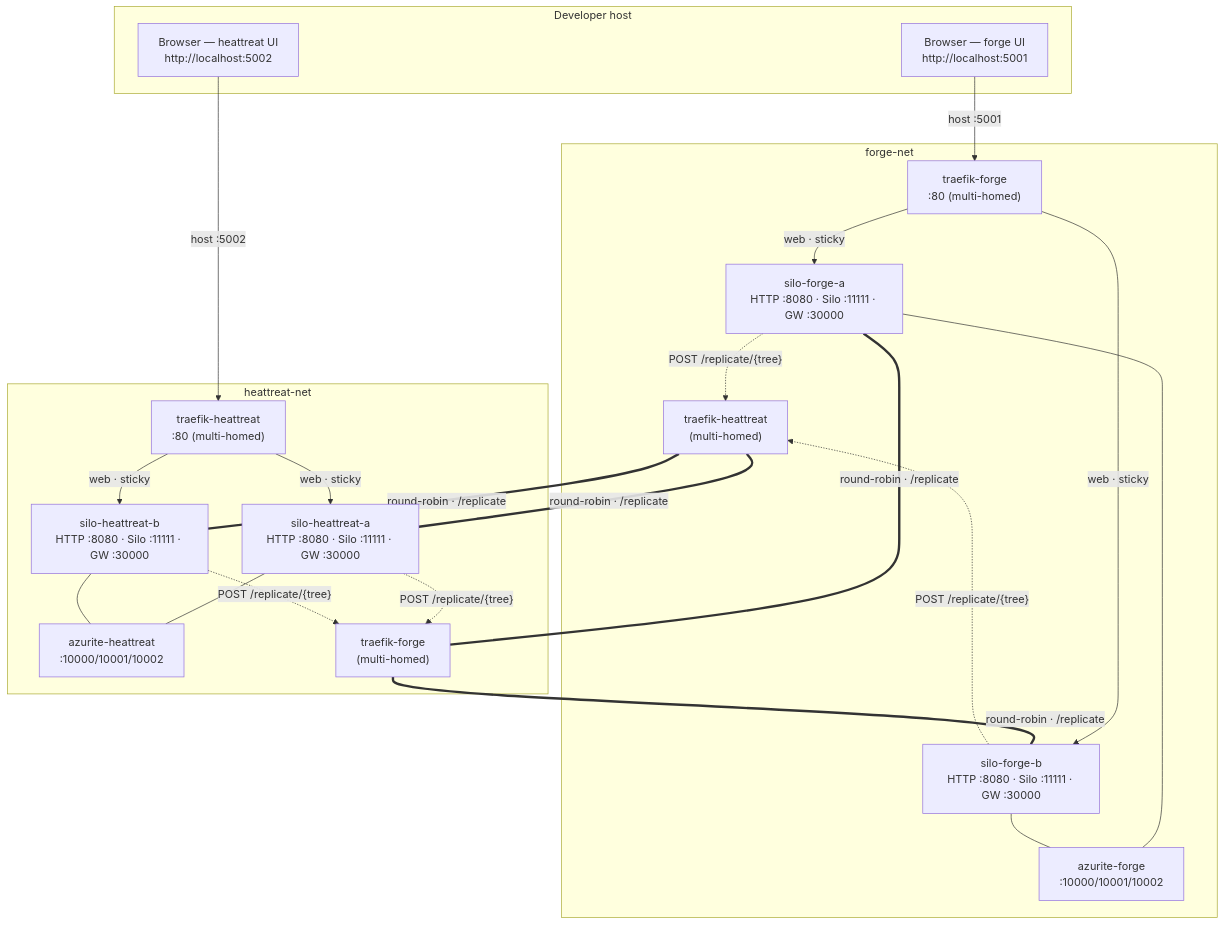
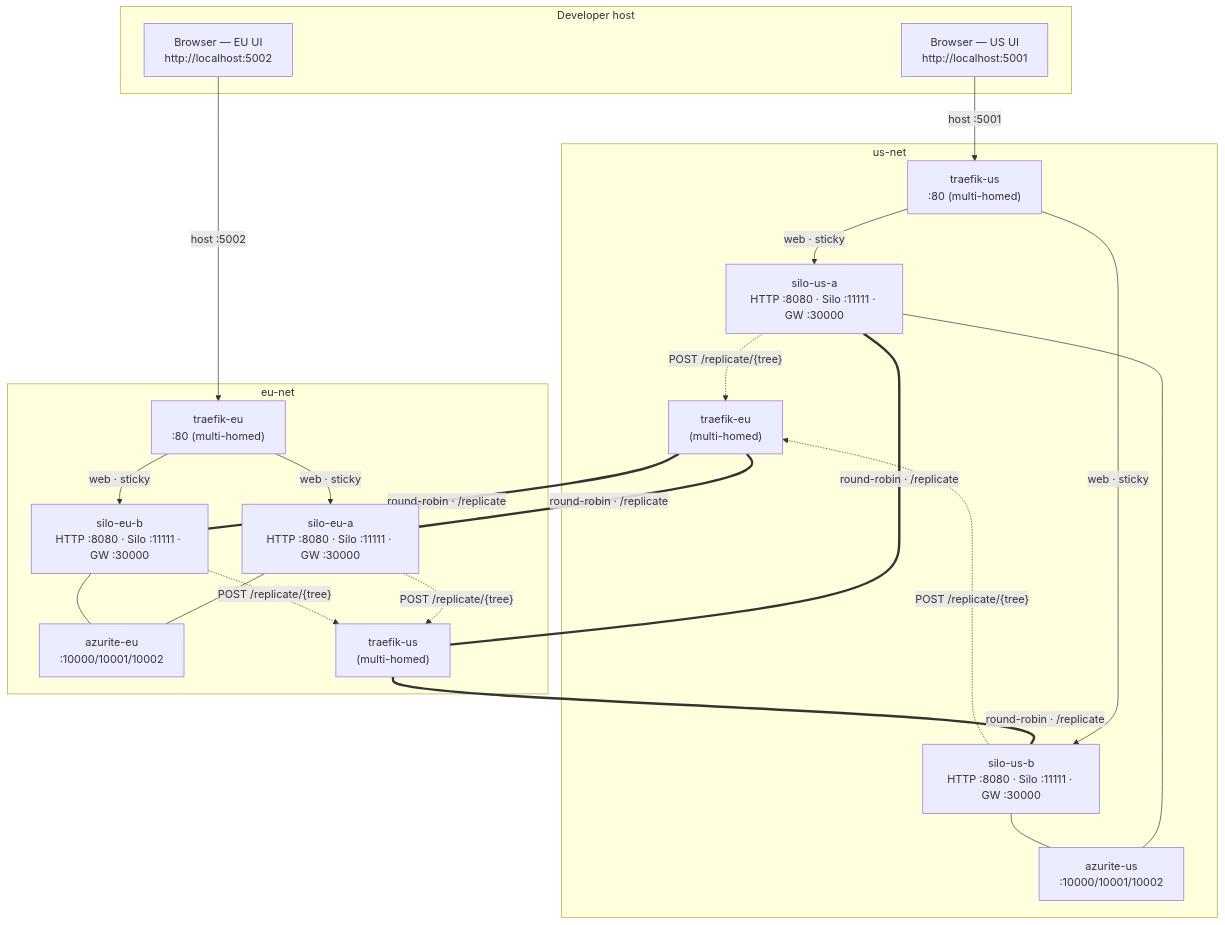
One commit to NSTA1/Orleans.Lattice changed the first of 5 diagrams in samples/MultiSiteManufacturing/architecture.md. Above: the diagram before and after it, drawn with Mermaid. The commit also changed other lines of this file and 17 other files, not shown here.

Commit message:
cluster naming: forge/heattreat -> us/eu

````diff
--- a/samples/MultiSiteManufacturing/architecture.md
+++ b/samples/MultiSiteManufacturing/architecture.md
@@ -21,46 +20,46 @@
 ```mermaid
 flowchart TB
     subgraph host["Developer host"]
-        browser1["Browser — forge UI<br/>http://localhost:5001"]
-        browser2["Browser — heattreat UI<br/>http://localhost:5002"]
+        browser1["Browser — US UI<br/>http://localhost:5001"]
+        browser2["Browser — EU UI<br/>http://localhost:5002"]
     end
 
-    subgraph forgeNet["forge-net"]
-        azF["azurite-forge<br/>:10000/10001/10002"]
-        siloFA["silo-forge-a<br/>HTTP :8080 · Silo :11111 · GW :30000"]
-        siloFB["silo-forge-b<br/>HTTP :8080 · Silo :11111 · GW :30000"]
-        tFE["traefik-forge<br/>:80 (multi-homed)"]
-        tHE1["traefik-heattreat<br/>(multi-homed)"]
+    subgraph usNet["us-net"]
+        azF["azurite-us<br/>:10000/10001/10002"]
+        siloFA["silo-us-a<br/>HTTP :8080 · Silo :11111 · GW :30000"]
+        siloFB["silo-us-b<br/>HTTP :8080 · Silo :11111 · GW :30000"]
+        tFE["traefik-us<br/>:80 (multi-homed)"]
+        tHE1["traefik-eu<br/>(multi-homed)"]
     end
 
-    subgraph heatNet["heattreat-net"]
-        azH["azurite-heattreat<br/>:10000/10001/10002"]
-        siloHA["silo-heattreat-a<br/>HTTP :8080 · Silo :11111 · GW :30000"]
-        siloHB["silo-heattreat-b<br/>HTTP :8080 · Silo :11111 · GW :30000"]
-        tHE2["traefik-heattreat<br/>:80 (multi-homed)"]
-        tFE2["traefik-forge<br/>(multi-homed)"]
+    subgraph euNet["eu-net"]
+        azH["azurite-eu<br/>:10000/10001/10002"]
+        siloHA["silo-eu-a<br/>HTTP :8080 · Silo :11111 · GW :30000"]
+        siloHB["silo-eu-b<br/>HTTP :8080 · Silo :11111 · GW :30000"]
+        tHE2["traefik-eu<br/>:80 (multi-homed)"]
+        tFE2["traefik-us<br/>(multi-homed)"]
     end
 
     browser1 -->|"host :5001"| tFE
     browser2 -->|"host :5002"| tHE2
 
     tFE -->|"web · sticky"| siloFA
     tFE -->|"web · sticky"| siloFB
     tHE2 -->|"web · sticky"| siloHA
     tHE2 -->|"web · sticky"| siloHB
 
     siloFA --- azF
     siloFB --- azF
     siloHA --- azH
     siloHB --- azH
 
     siloFA -.->|"POST /replicate/{tree}"| tHE1
     siloFB -.->|"POST /replicate/{tree}"| tHE1
     siloHA -.->|"POST /replicate/{tree}"| tFE2
     siloHB -.->|"POST /replicate/{tree}"| tFE2
 
     tHE1 ===|"round-robin · /replicate"| siloHA
     tHE1 ===|"round-robin · /replicate"| siloHB
     tFE2 ===|"round-robin · /replicate"| siloFA
     tFE2 ===|"round-robin · /replicate"| siloFB
 ```
````
